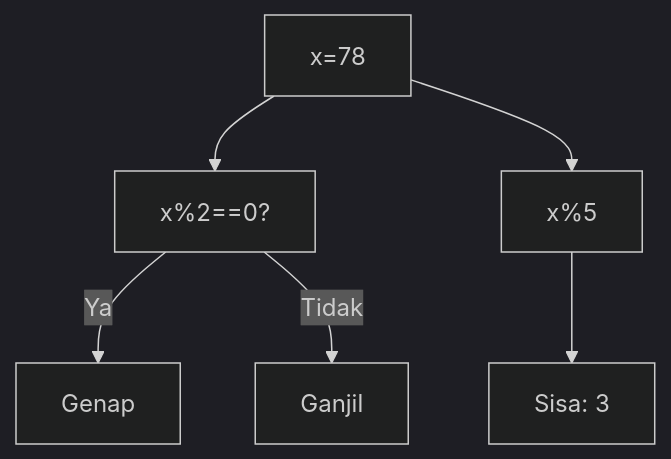
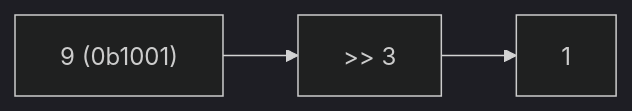
One commit to amnahwaida/OSNK_INF_PREP changed the fifth of 25 diagrams in part-c-pemahaman-cpp/06-bitwise/latihan/set-07.md. Above: the diagram before and after it, drawn with Mermaid (dark theme). The commit also changed other lines of this file and 71 other files, not shown here.

````diff
--- a/part-c-pemahaman-cpp/06-bitwise/latihan/set-07.md
+++ b/part-c-pemahaman-cpp/06-bitwise/latihan/set-07.md
@@ -115,8 +125,5 @@
 ```mermaid
-graph TD
-A["x=78"] --> B["x%2==0?"]
-B -- Ya --> C["Genap"]
-B -- Tidak --> D["Ganjil"]
-A --> E["x%5"]
-E --> F["Sisa: 3"]
+graph LR
+A["9 (0b1001)"] --> B[">> 3"]
+B --> C["1"]
 ```
````
